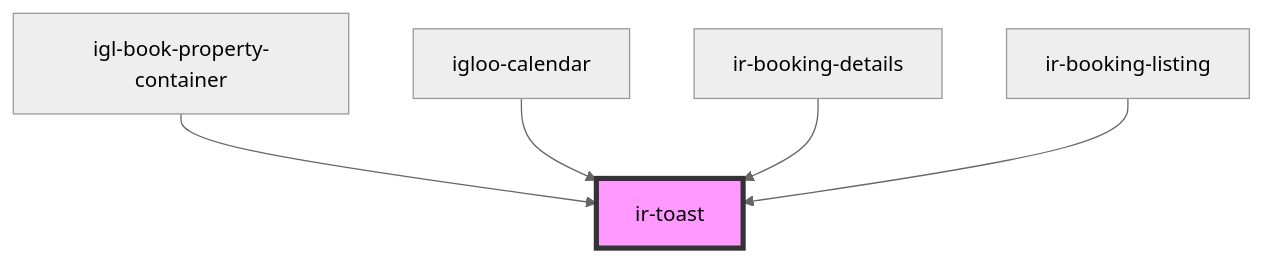
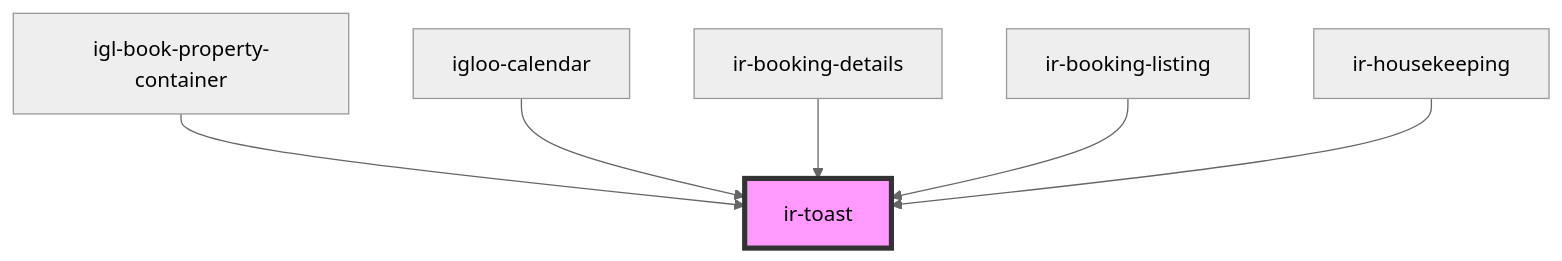
One commit to David1Chowaifaty/modified-ir-webcmp changed the diagram in src/components/ir-toast/readme.md. Above: the diagram before and after it, drawn with Mermaid (neutral theme). The commit also changed other lines of this file and 10 other files, not shown here.

````diff
--- a/src/components/ir-toast/readme.md
+++ b/src/components/ir-toast/readme.md
@@ -25,8 +26,9 @@
 ```mermaid
 graph TD;
   igl-book-property-container --> ir-toast
   igloo-calendar --> ir-toast
   ir-booking-details --> ir-toast
   ir-booking-listing --> ir-toast
+  ir-housekeeping --> ir-toast
   style ir-toast fill:#f9f,stroke:#333,stroke-width:4px
 ```
````
